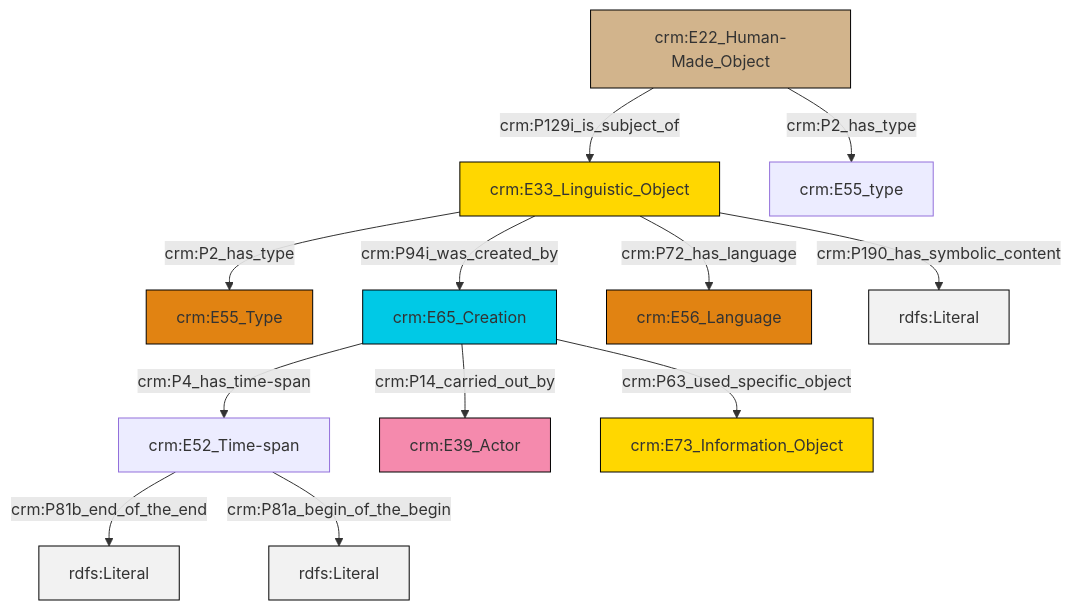
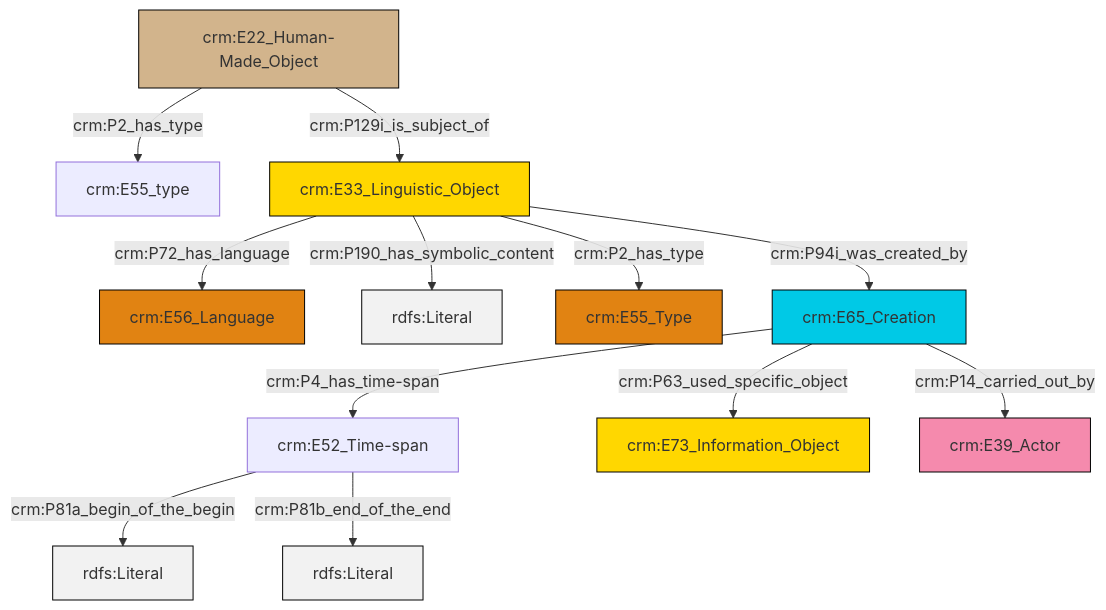
One commit to swiss-art-research-net/docs.swissartresearch changed the diagram in et/builtWorkCSV/ttl/mmd/Built_Work_description.ttl.mmd. Above: the diagram before and after it, drawn with Mermaid. The commit also changed 202 other files, not shown here.

```diff
--- a/et/builtWorkCSV/ttl/mmd/Built_Work_description.ttl.mmd
+++ b/et/builtWorkCSV/ttl/mmd/Built_Work_description.ttl.mmd
@@ -1,26 +1,26 @@
 graph TD
 classDef Literal fill:#f2f2f2,stroke:#000000;
 classDef CRM_Entity fill:#FFFFFF,stroke:#000000;
 classDef Temporal_Entity fill:#00C9E6, stroke:#000000;
 classDef Type fill:#E18312, stroke:#000000;
 classDef Time-Span fill:#2C9C91, stroke:#000000;
 classDef Appellation fill:#FFEB7F, stroke:#000000;
 classDef Place fill:#008836, stroke:#000000;
 classDef Persistent_Item fill:#B266B2, stroke:#000000;
 classDef Conceptual_Object fill:#FFD700, stroke:#000000;
 classDef Physical_Thing fill:#D2B48C, stroke:#000000;
 classDef Actor fill:#f58aad, stroke:#000000;
 classDef PC_Classes fill:#4ce600, stroke:#000000;
 classDef Multi fill:#cccccc,stroke:#000000;
 
-0["crm:E33_Linguistic_Object"]:::Conceptual_Object -->|crm:P2_has_type| 2["crm:E55_Type"]:::Type
-7["crm:E52_Time-span"]:::Default -->|crm:P81b_end_of_the_end| 8[rdfs:Literal]:::Literal
-0["crm:E33_Linguistic_Object"]:::Conceptual_Object -->|crm:P94i_was_created_by| 5["crm:E65_Creation"]:::Temporal_Entity
-0["crm:E33_Linguistic_Object"]:::Conceptual_Object -->|crm:P72_has_language| 11["crm:E56_Language"]:::Type
-0["crm:E33_Linguistic_Object"]:::Conceptual_Object -->|crm:P190_has_symbolic_content| 15[rdfs:Literal]:::Literal
-7["crm:E52_Time-span"]:::Default -->|crm:P81a_begin_of_the_begin| 16[rdfs:Literal]:::Literal
-5["crm:E65_Creation"]:::Temporal_Entity -->|crm:P14_carried_out_by| 13["crm:E39_Actor"]:::Actor
-5["crm:E65_Creation"]:::Temporal_Entity -->|crm:P4_has_time-span| 7["crm:E52_Time-span"]:::Default
-3["crm:E22_Human-Made_Object"]:::Physical_Thing -->|crm:P129i_is_subject_of| 0["crm:E33_Linguistic_Object"]:::Conceptual_Object
-5["crm:E65_Creation"]:::Temporal_Entity -->|crm:P63_used_specific_object| 17["crm:E73_Information_Object"]:::Conceptual_Object
-3["crm:E22_Human-Made_Object"]:::Physical_Thing -->|crm:P2_has_type| 9["crm:E55_type"]:::Default
+2["crm:E52_Time-span"]:::Default -->|crm:P81a_begin_of_the_begin| 3[rdfs:Literal]:::Literal
+8["crm:E33_Linguistic_Object"]:::Conceptual_Object -->|crm:P190_has_symbolic_content| 9[rdfs:Literal]:::Literal
+12["crm:E65_Creation"]:::Temporal_Entity -->|crm:P63_used_specific_object| 13["crm:E73_Information_Object"]:::Conceptual_Object
+0["crm:E22_Human-Made_Object"]:::Physical_Thing -->|crm:P129i_is_subject_of| 8["crm:E33_Linguistic_Object"]:::Conceptual_Object
+8["crm:E33_Linguistic_Object"]:::Conceptual_Object -->|crm:P94i_was_created_by| 12["crm:E65_Creation"]:::Temporal_Entity
+12["crm:E65_Creation"]:::Temporal_Entity -->|crm:P14_carried_out_by| 14["crm:E39_Actor"]:::Actor
+2["crm:E52_Time-span"]:::Default -->|crm:P81b_end_of_the_end| 15[rdfs:Literal]:::Literal
+8["crm:E33_Linguistic_Object"]:::Conceptual_Object -->|crm:P72_has_language| 4["crm:E56_Language"]:::Type
+8["crm:E33_Linguistic_Object"]:::Conceptual_Object -->|crm:P2_has_type| 10["crm:E55_Type"]:::Type
+0["crm:E22_Human-Made_Object"]:::Physical_Thing -->|crm:P2_has_type| 6["crm:E55_type"]:::Default
+12["crm:E65_Creation"]:::Temporal_Entity -->|crm:P4_has_time-span| 2["crm:E52_Time-span"]:::Default
```
